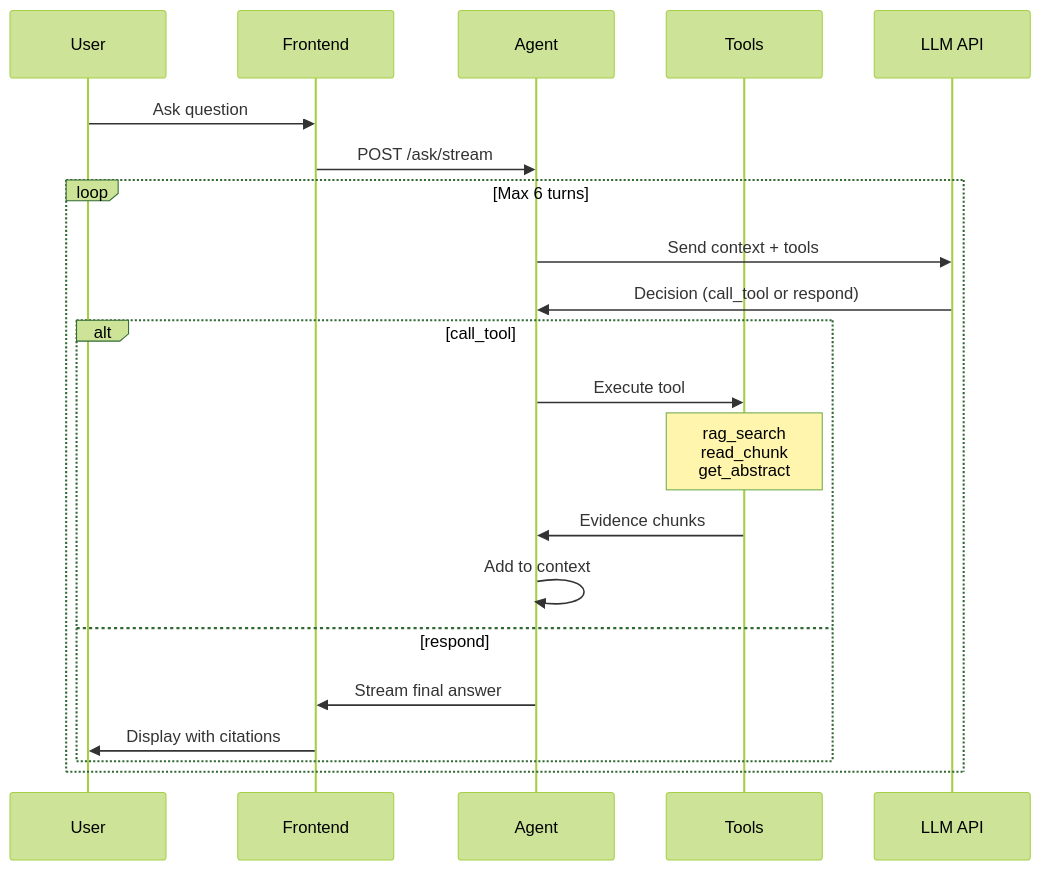
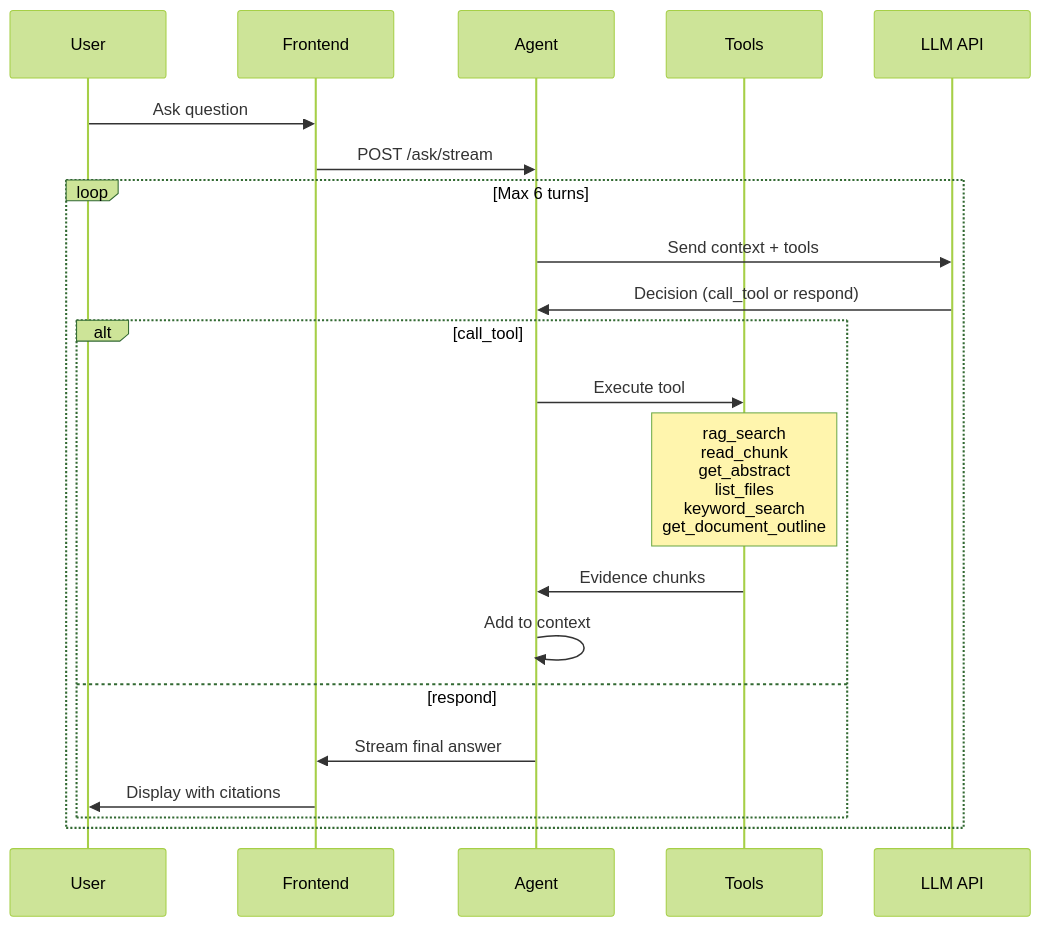
Before and after one commit to Mingye-Lu/ReferenceMiner: the fourth of 4 diagrams in README.md, drawn with Mermaid (forest theme). The commit also changed other lines of this file and 17 other files, not shown here.

````diff
--- a/README.md
+++ b/README.md
@@ -178,26 +178,26 @@
 ```mermaid
 sequenceDiagram
     participant U as User
     participant F as Frontend
     participant A as Agent
     participant T as Tools
     participant L as LLM API
 
     U->>F: Ask question
     F->>A: POST /ask/stream
 
     loop Max 6 turns
         A->>L: Send context + tools
         L->>A: Decision (call_tool or respond)
 
         alt call_tool
             A->>T: Execute tool
-            Note over T: rag_search<br/>read_chunk<br/>get_abstract
+            Note over T: rag_search<br/>read_chunk<br/>get_abstract<br/>list_files<br/>keyword_search<br/>get_document_outline
             T->>A: Evidence chunks
             A->>A: Add to context
         else respond
             A->>F: Stream final answer
             F->>U: Display with citations
         end
     end
 ```
````
